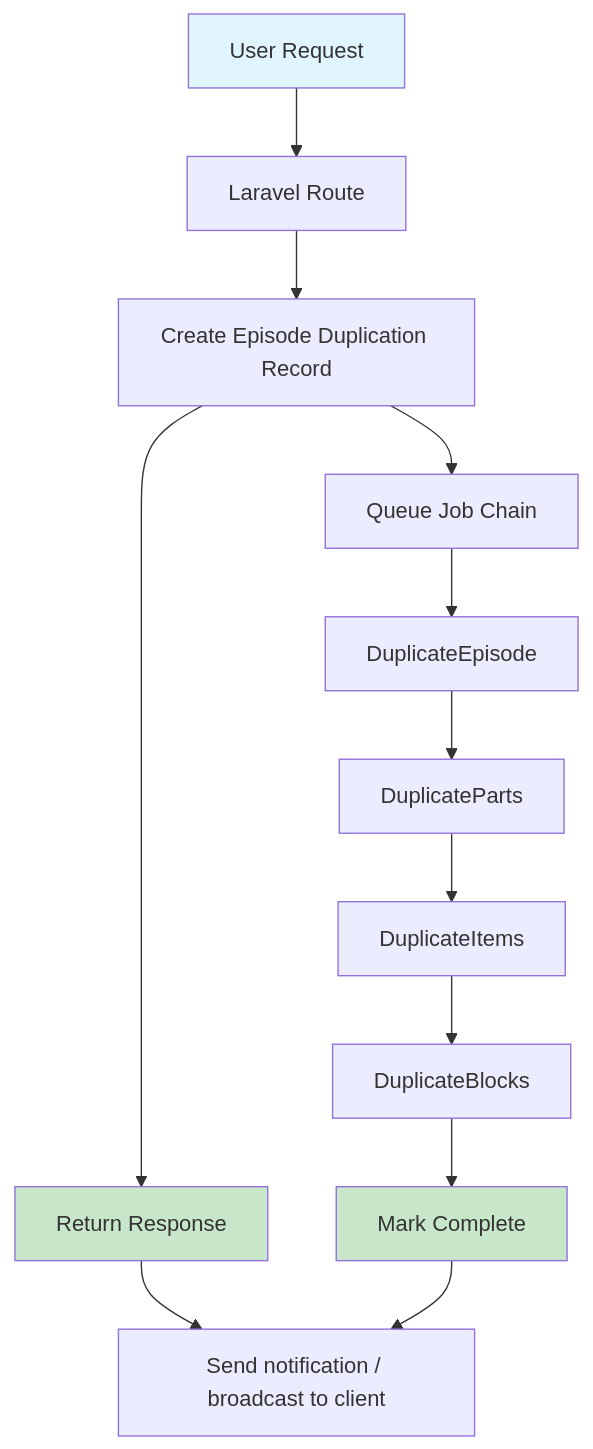
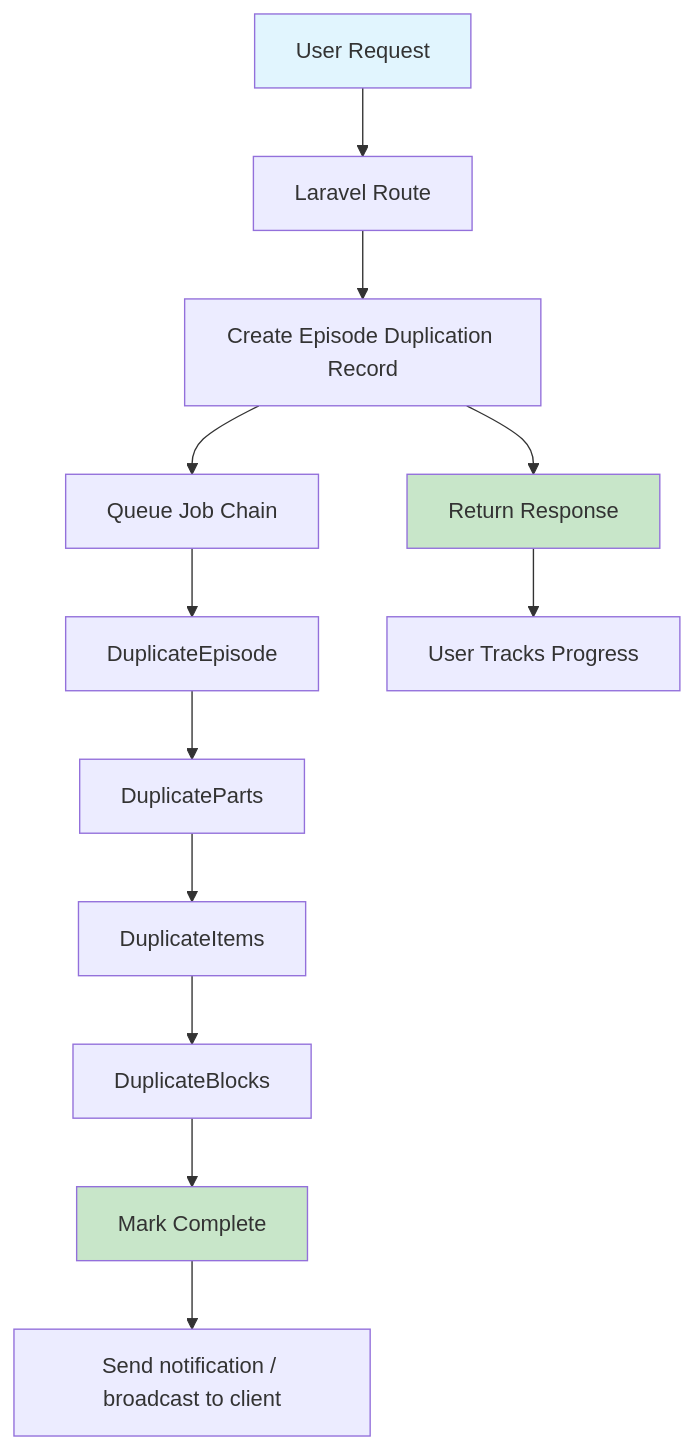
The diagram in assets/architecture-flow.mmd (rstek/cuez-assignment), drawn with Mermaid before and after one commit.

Commit message:
Fix flow diagram

```diff
--- a/assets/architecture-flow.mmd
+++ b/assets/architecture-flow.mmd
@@ -1,18 +1,18 @@
 flowchart TD
     A[User Request] --> B[Laravel Route]
     B --> C[Create Episode Duplication Record]
     C --> D[Queue Job Chain]
     C --> E[Return Response]
 
     D --> F[DuplicateEpisode]
     F --> G[DuplicateParts]
     G --> H[DuplicateItems]
     H --> I[DuplicateBlocks]
     I --> J[Mark Complete]
 
     E --> K[User Tracks Progress]
-    J --> K[Send notification / broadcast to client]
+    J --> L[Send notification / broadcast to client]
 
     style A fill:#e1f5fe
     style E fill:#c8e6c9
     style J fill:#c8e6c9
```
